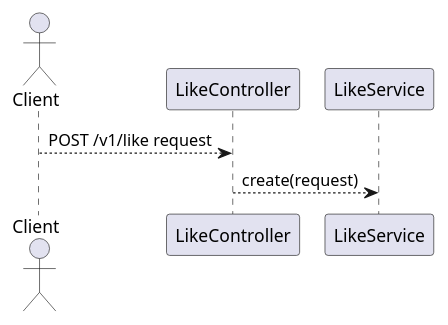
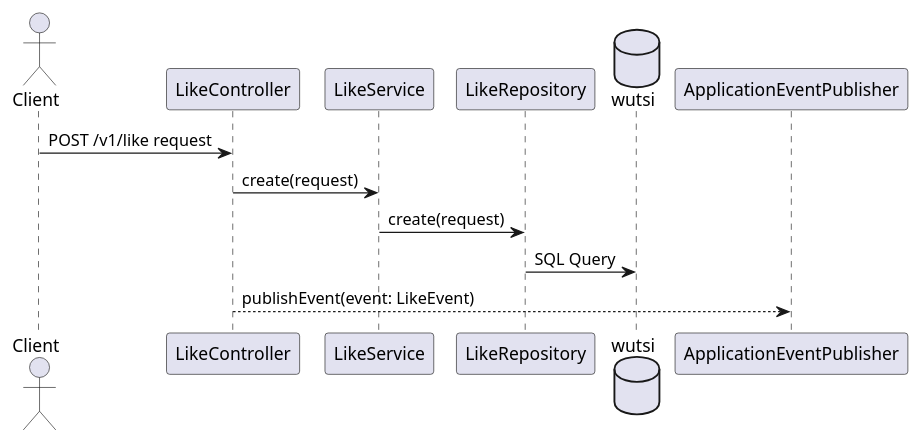
Before and after one commit to wutsi/wutsi.github.io: the first of 2 diagrams in architecture/wutsi-blog-service/like.md, drawn with PlantUML. The commit also changed other lines of this file and 1 other file, not shown here.

Commit message:
add sequence diagram

````diff
--- a/architecture/wutsi-blog-service/like.md
+++ b/architecture/wutsi-blog-service/like.md
@@ -6,8 +7,13 @@
 ``` plantuml
 @startuml
 Actor Client
 
-Client --> LikeController: POST /v1/like request
-LikeController --> LikeService: create(request)
+Client -> LikeController: POST /v1/like request
+LikeController -> LikeService: create(request)
+LikeService -> LikeRepository: create(request)
+database wutsi
+LikeRepository -> wutsi: SQL Query
+
+LikeController --> ApplicationEventPublisher: publishEvent(event: LikeEvent)
 @enduml
 ```
````
